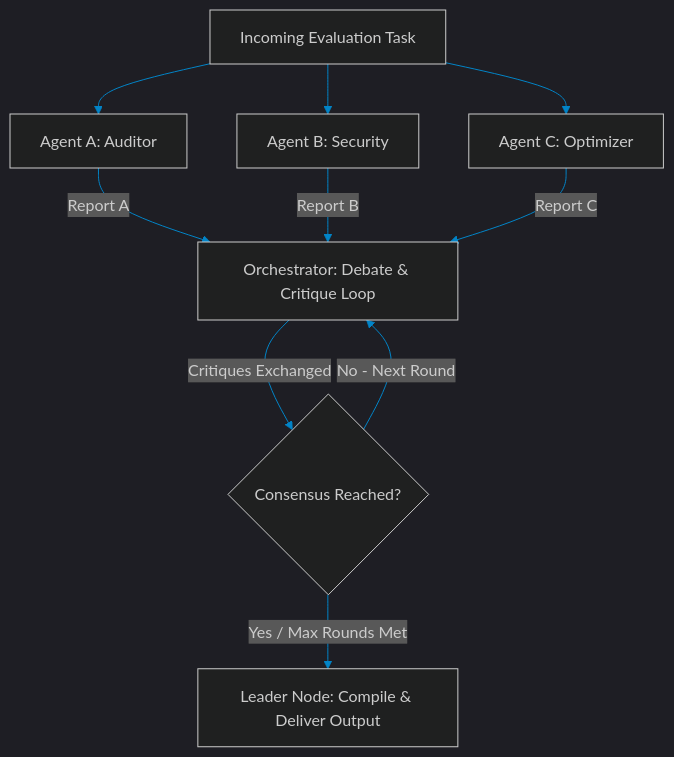
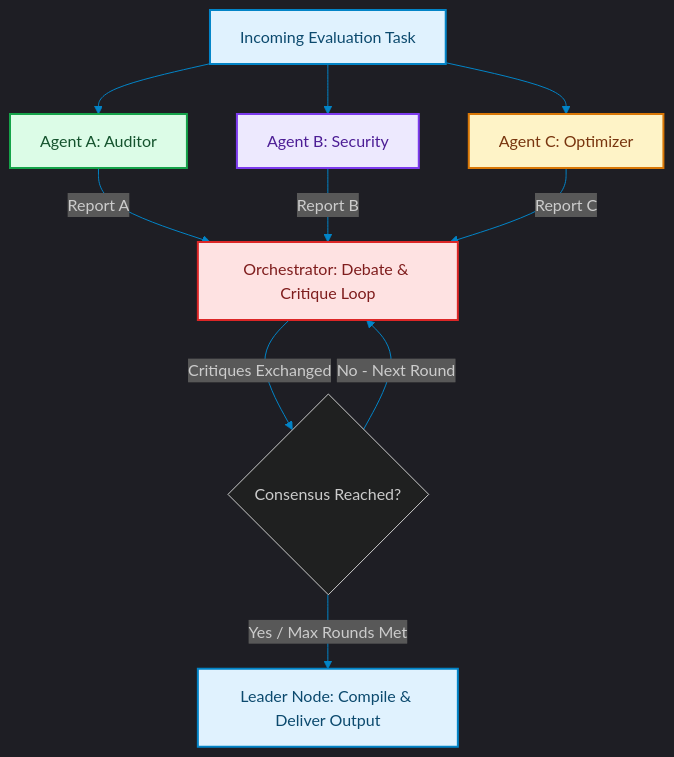
Before and after one commit to akmalkhaniub/akmalkhaniub.github.io: the diagram in blog/posts/multi-agent-consensus-voting-debate-topologies.md, drawn with Mermaid. The commit also changed other lines of this file and 1291 other files, not shown here.

First line of the commit message:
feat(catalog): unique covers, scholarly references, and diagram palettes

````diff
--- a/blog/posts/multi-agent-consensus-voting-debate-topologies.md
+++ b/blog/posts/multi-agent-consensus-voting-debate-topologies.md
@@ -15,15 +15,26 @@
 ```mermaid
 %%{init: {'theme': 'dark', 'themeVariables': { 'primaryColor': '#0284c7', 'primaryTextColor': '#f3f4f6', 'primaryBorderColor': '#38bdf8', 'lineColor': '#0284c7', 'secondaryColor': '#111827', 'tertiaryColor': '#0b0f19'}}}%%
 flowchart TD
-    Task[Incoming Evaluation Task] --> AgentA[Agent A: Auditor]
-    Task --> AgentB[Agent B: Security]
-    Task --> AgentC[Agent C: Optimizer]
+    Task["Incoming Evaluation Task"] --> AgentA["Agent A: Auditor"]
+    Task --> AgentB["Agent B: Security"]
+    Task --> AgentC["Agent C: Optimizer"]
     
-    AgentA -->|Report A| Debate[Orchestrator: Debate & Critique Loop]
+    AgentA -->|Report A| Debate["Orchestrator: Debate & Critique Loop"]
     AgentB -->|Report B| Debate
     AgentC -->|Report C| Debate
 
     Debate -->|Critiques Exchanged| Eval{Consensus Reached?}
     Eval -->|No - Next Round| Debate
-    Eval -->|Yes / Max Rounds Met| Compile[Leader Node: Compile & Deliver Output]
+    Eval -->|Yes / Max Rounds Met| Compile["Leader Node: Compile & Deliver Output"]
+
+classDef green fill:#dcfce7,stroke:#16a34a,stroke-width:2px,color:#14532d;
+classDef red fill:#fee2e2,stroke:#dc2626,stroke-width:2px,color:#7f1d1d;
+classDef blue fill:#e0f2fe,stroke:#0284c7,stroke-width:2px,color:#0c4a6e;
+classDef yellow fill:#fef3c7,stroke:#d97706,stroke-width:2px,color:#78350f;
+classDef purple fill:#ede9fe,stroke:#7c3aed,stroke-width:2px,color:#4c1d95;
+class Task,Compile blue
+class AgentA green
+class AgentB purple
+class AgentC yellow
+class Debate red
 ```
````
